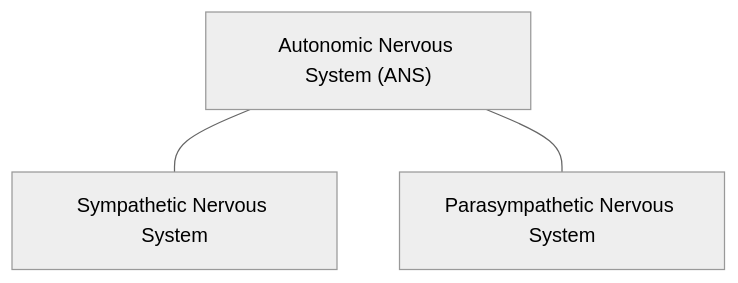
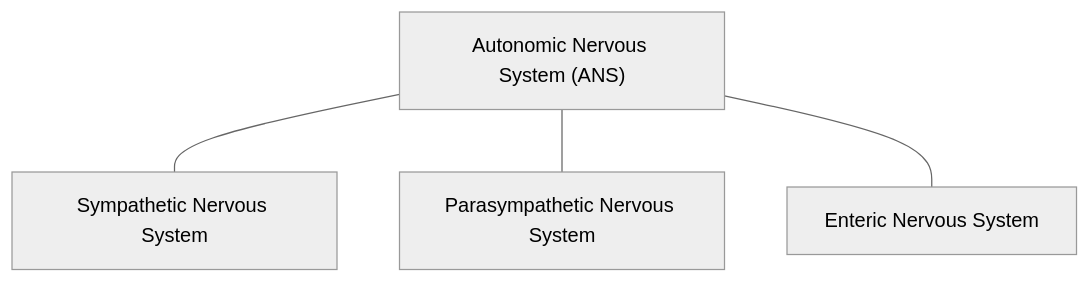
Before and after one commit to psu-psychology/psy-511-scan-fdns-2026-spring: the diagram in supplemental/_ans.qmd, drawn with Mermaid (neutral theme). The commit also changed 57 other files, not shown here.

````diff
--- a/supplemental/_ans.qmd
+++ b/supplemental/_ans.qmd
@@ -2,11 +2,13 @@
 ```{mermaid}
 %%| label: fig-ans
 %%| fig-cap: "Autonomic Nervous System (ANS)"
 flowchart TD
   A@{ shape: rect, label: "Autonomic Nervous System (ANS)" }
   B@{ shape: rect, label: "Sympathetic Nervous System" }
   C@{ shape: rect, label: "Parasympathetic Nervous System" }
+  D@{ shape: rect, label: "Enteric Nervous System" }
   
   A --- B
   A --- C
+  A --- D
 ```
````
